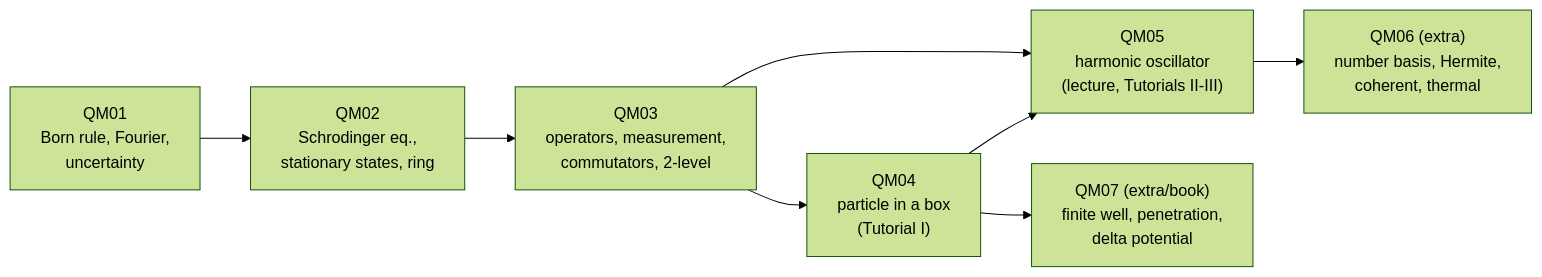
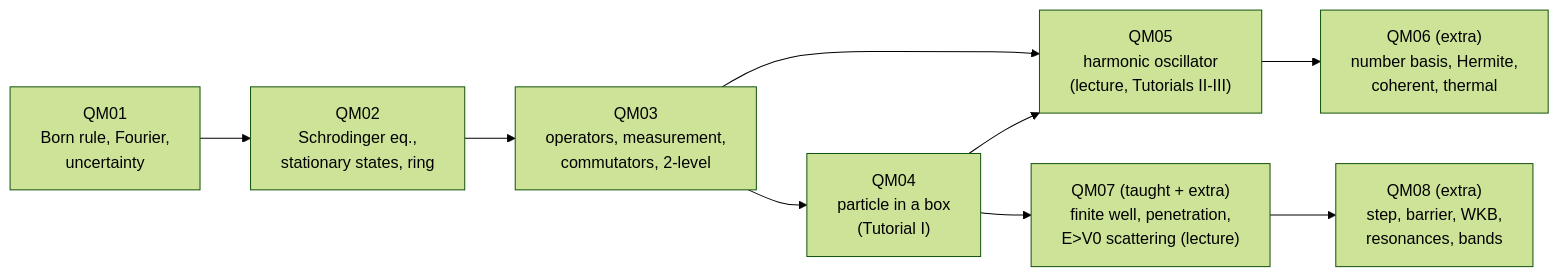
Before and after one commit to etswastik712/notes: the diagram in 06-Quantum-Mechanics/Quantum Mechanics - Course Map.md, drawn with Mermaid (forest theme). The commit also changed other lines of this file and 71 other files, not shown here.

````diff
--- a/06-Quantum-Mechanics/Quantum Mechanics - Course Map.md
+++ b/06-Quantum-Mechanics/Quantum Mechanics - Course Map.md
@@ -21,10 +21,11 @@
 ```mermaid
 flowchart LR
   A["QM01<br/>Born rule, Fourier,<br/>uncertainty"] --> B["QM02<br/>Schrodinger eq.,<br/>stationary states, ring"]
   B --> C["QM03<br/>operators, measurement,<br/>commutators, 2-level"]
   C --> D["QM04<br/>particle in a box<br/>(Tutorial I)"]
   C --> E["QM05<br/>harmonic oscillator<br/>(lecture, Tutorials II-III)"]
   D --> E
   E --> F["QM06 (extra)<br/>number basis, Hermite,<br/>coherent, thermal"]
-  D --> G["QM07 (extra/book)<br/>finite well, penetration,<br/>delta potential"]
+  D --> G["QM07 (taught + extra)<br/>finite well, penetration,<br/>E>V0 scattering (lecture)"]
+  G --> H["QM08 (extra)<br/>step, barrier, WKB,<br/>resonances, bands"]
 ```
````
